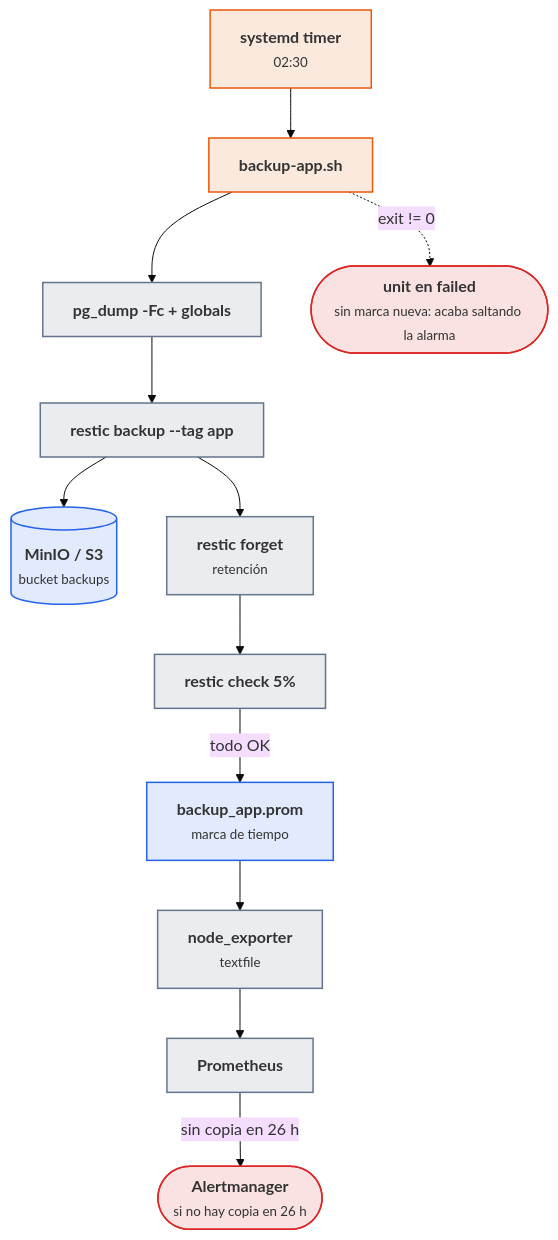
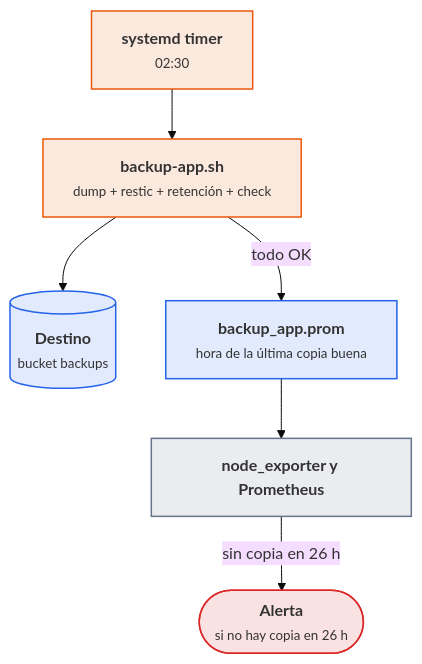
One commit to victor-educ/apuntes-5169 changed the second of 2 diagrams in docs/ut/ut6-copias-seguridad.md. Above: the diagram before and after it, drawn with Mermaid (base theme). The commit also changed other lines of this file and 6 other files, not shown here.

````diff
--- a/docs/ut/ut6-copias-seguridad.md
+++ b/docs/ut/ut6-copias-seguridad.md
@@ -192,25 +153,15 @@
 ```mermaid
 flowchart TB
     T["<b>systemd timer</b><br><small>02:30</small>"]:::act
-    S["<b>backup-app.sh</b>"]:::act
-    D["<b>pg_dump -Fc + globals</b>"]:::pieza
-    R["<b>restic backup --tag app</b>"]:::pieza
-    M[("<b>MinIO / S3</b><br><small>bucket backups</small>")]:::dato
-    F["<b>restic forget</b><br><small>retención</small>"]:::pieza
-    C["<b>restic check 5%</b>"]:::pieza
-    P["<b>backup_app.prom</b><br><small>marca de tiempo</small>"]:::dato
-    N["<b>node_exporter</b><br><small>textfile</small>"]:::pieza
-    PR["<b>Prometheus</b>"]:::pieza
-    A(["<b>Alertmanager</b><br><small>si no hay copia en 26 h</small>"]):::riesgo
-    O(["<b>unit en failed</b><br><small>sin marca nueva: acaba saltando la alarma</small>"]):::riesgo
-    T --> S --> D --> R --> M
-    R --> F --> C
-    C -->|todo OK| P --> N --> PR -->|sin copia en 26 h| A
-    S -.->|exit != 0| O
+    S["<b>backup-app.sh</b><br><small>dump + restic + retención + check</small>"]:::act
+    M[("<b>Destino</b><br><small>bucket backups</small>")]:::dato
+    P["<b>backup_app.prom</b><br><small>hora de la última copia buena</small>"]:::dato
+    PR["<b>node_exporter y Prometheus</b>"]:::pieza
+    A(["<b>Alerta</b><br><small>si no hay copia en 26 h</small>"]):::riesgo
+    T --> S --> M
+    S -->|todo OK| P --> PR -->|sin copia en 26 h| A
     classDef act fill:#ea580c22,stroke:#ea580c,stroke-width:1.5px
     classDef pieza fill:#64748b22,stroke:#64748b,stroke-width:1.5px
     classDef dato fill:#2563eb22,stroke:#2563eb,stroke-width:1.5px
-    classDef infra fill:#a1a1aa14,stroke:#a1a1aa,stroke-width:1.5px
-    classDef ok fill:#16a34a22,stroke:#16a34a,stroke-width:1.5px
     classDef riesgo fill:#dc262622,stroke:#dc2626,stroke-width:1.5px
 ```
````
